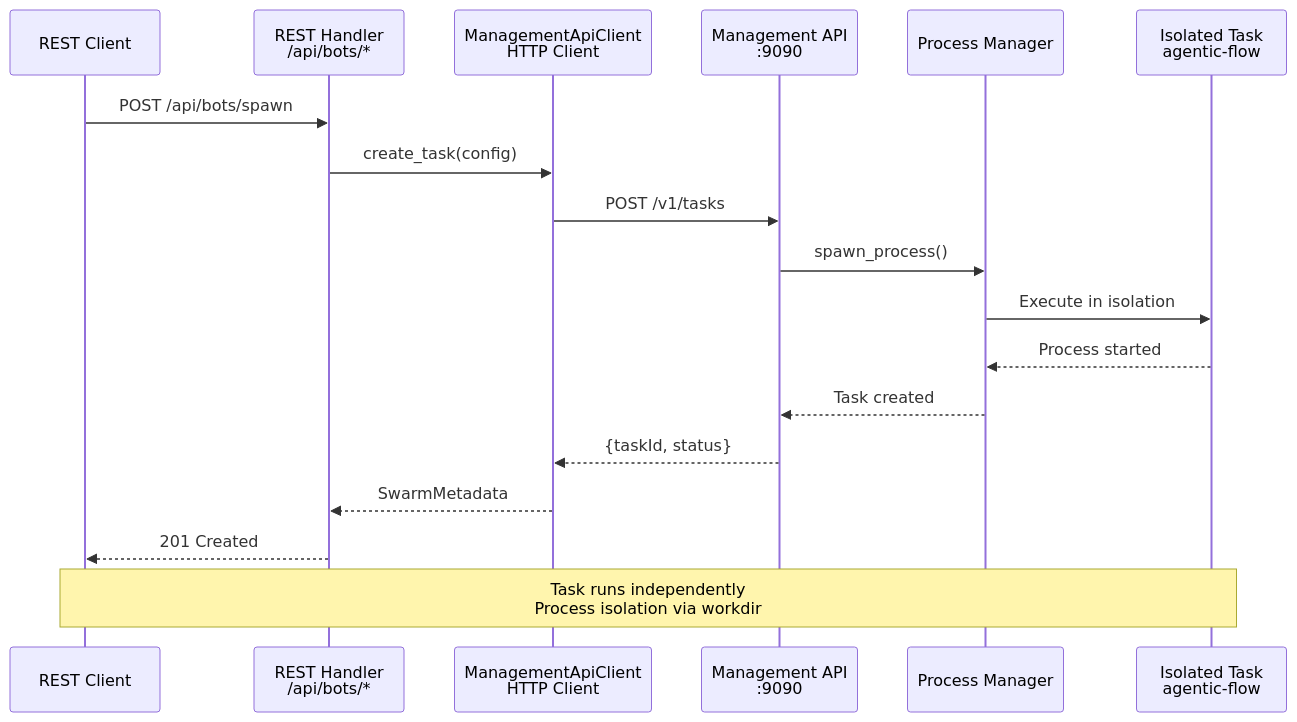
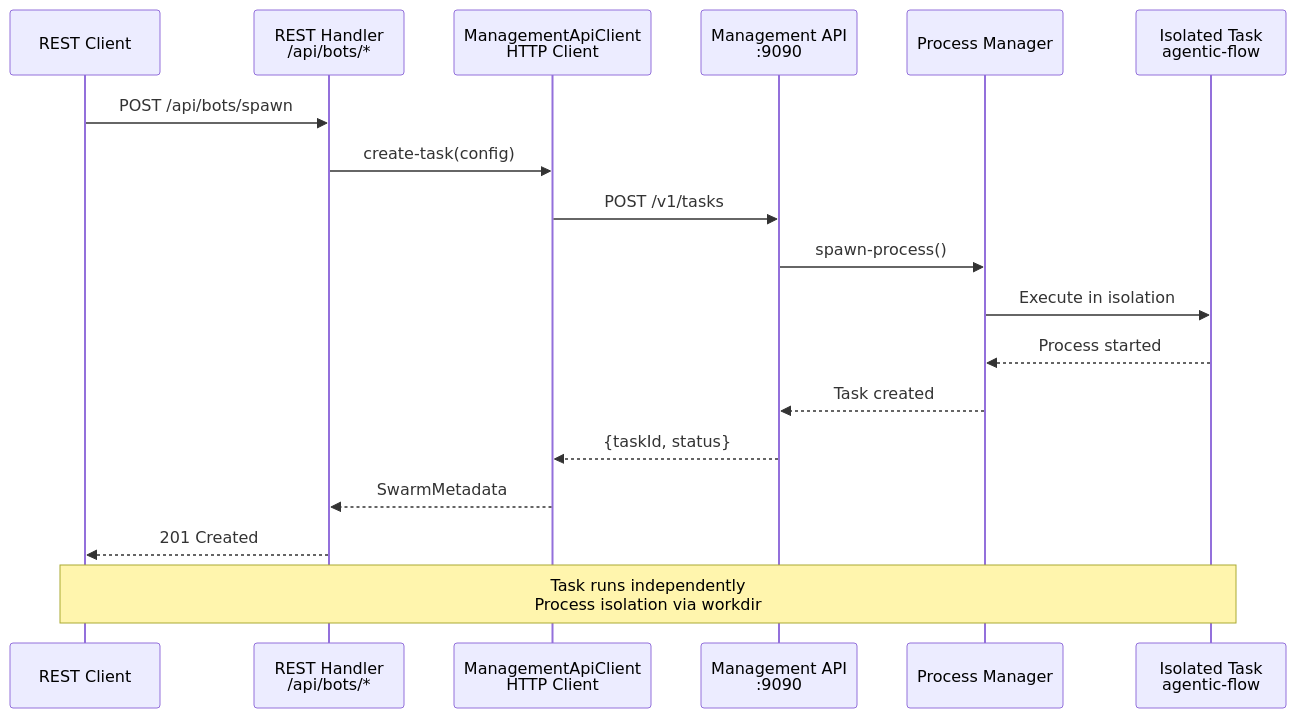
One commit to DreamLab-AI/VisionFlow changed the ninth of 11 diagrams in docs/concepts/architecture/core/server.md. Above: the diagram before and after it, drawn with Mermaid. The commit also changed other lines of this file and 184 other files, not shown here.

````diff
--- a/docs/concepts/architecture/core/server.md
+++ b/docs/concepts/architecture/core/server.md
@@ -577,22 +577,22 @@
 ```mermaid
 sequenceDiagram
     participant Client as REST Client
     participant Handler as REST Handler<br/>/api/bots/*
     participant ApiClient as ManagementApiClient<br/>HTTP Client
     participant API as Management API<br/>:9090
     participant PM as Process Manager
     participant Task as Isolated Task<br/>agentic-flow
 
     Client->>Handler: POST /api/bots/spawn
-    Handler->>ApiClient: create_task(config)
+    Handler->>ApiClient: create-task(config)
     ApiClient->>API: POST /v1/tasks
-    API->>PM: spawn_process()
+    API->>PM: spawn-process()
     PM->>Task: Execute in isolation
     Task-->>PM: Process started
     PM-->>API: Task created
     API-->>ApiClient: {taskId, status}
     ApiClient-->>Handler: SwarmMetadata
     Handler-->>Client: 201 Created
 
     Note over Task,Client: Task runs independently<br/>Process isolation via workdir
 ```
````
